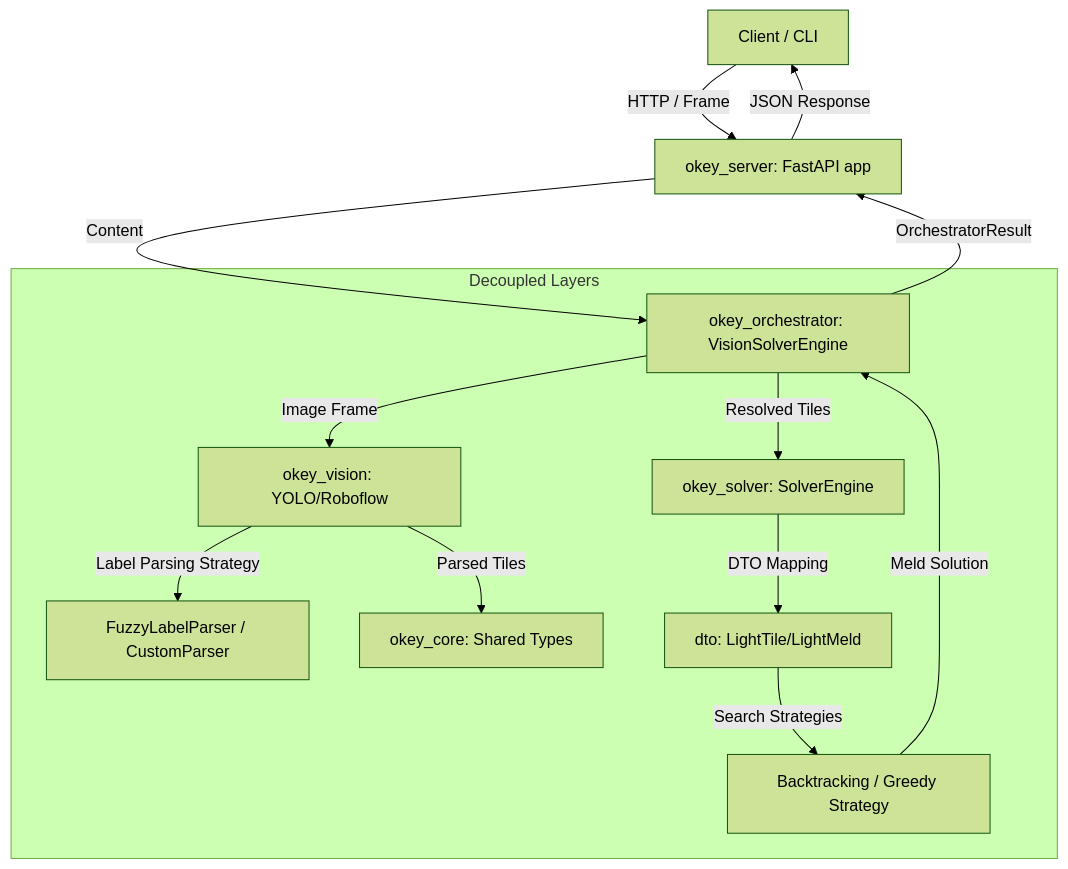
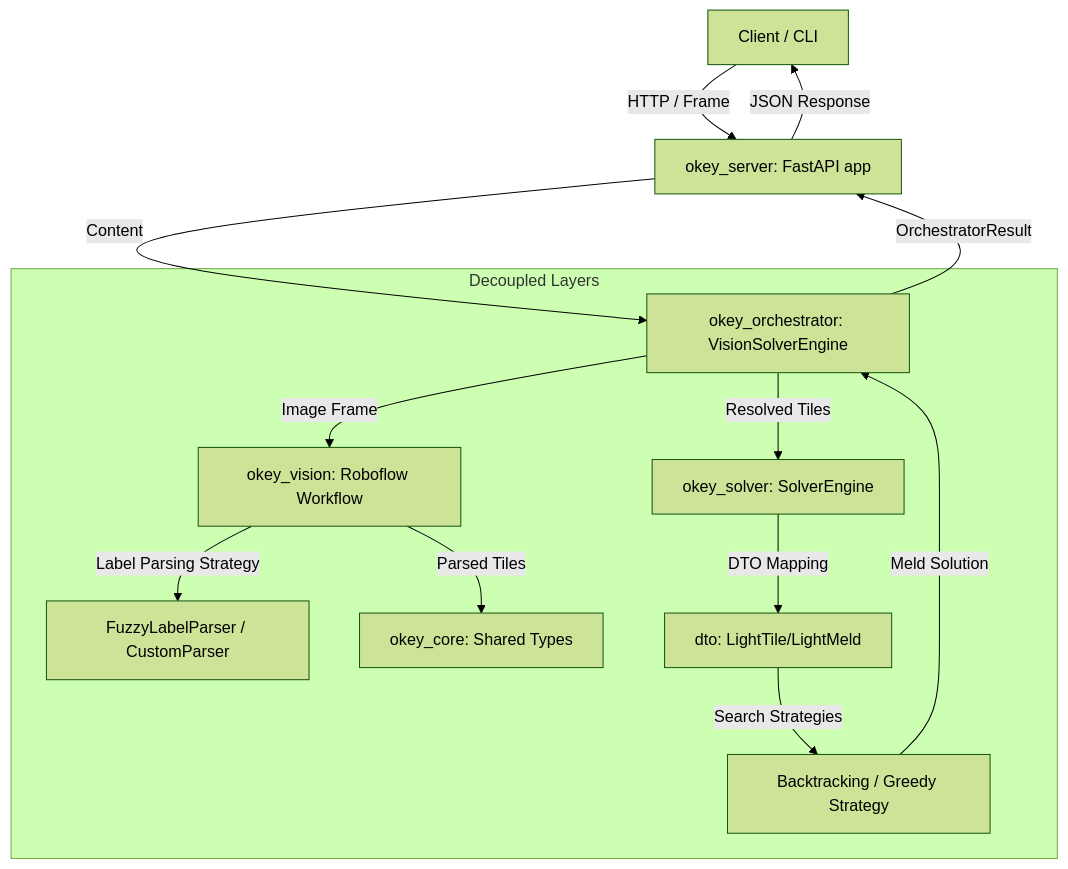
Before and after one commit to AtaCanYmc/okey-solver-py: the diagram in docs/ARCHITECTURE.md, drawn with Mermaid (forest theme). The commit also changed other lines of this file and 17 other files, not shown here.

Commit message:
feat: refactor vision provider integration by removing LocalYoloProvider and RoboflowProvider, and updating endpoints to use RoboflowWorkflowProvider

````diff
--- a/docs/ARCHITECTURE.md
+++ b/docs/ARCHITECTURE.md
@@ -9,18 +9,18 @@
 ```mermaid
 graph TD
     Client[Client / CLI] -->|HTTP / Frame| Server[okey_server: FastAPI app]
     Server -->|Content| Orchestrator[okey_orchestrator: VisionSolverEngine]
     
     subgraph Decoupled Layers
-        Orchestrator -->|Image Frame| Vision[okey_vision: YOLO/Roboflow]
+        Orchestrator -->|Image Frame| Vision[okey_vision: Roboflow Workflow]
         Vision -->|Label Parsing Strategy| Parser[FuzzyLabelParser / CustomParser]
         Vision -->|Parsed Tiles| Core[okey_core: Shared Types]
         Orchestrator -->|Resolved Tiles| Solver[okey_solver: SolverEngine]
         Solver -->|DTO Mapping| DTO[dto: LightTile/LightMeld]
         DTO -->|Search Strategies| Strategy[Backtracking / Greedy Strategy]
     end
     
     Strategy -->|Meld Solution| Orchestrator
     Orchestrator -->|OrchestratorResult| Server
     Server -->|JSON Response| Client
 ```
````
